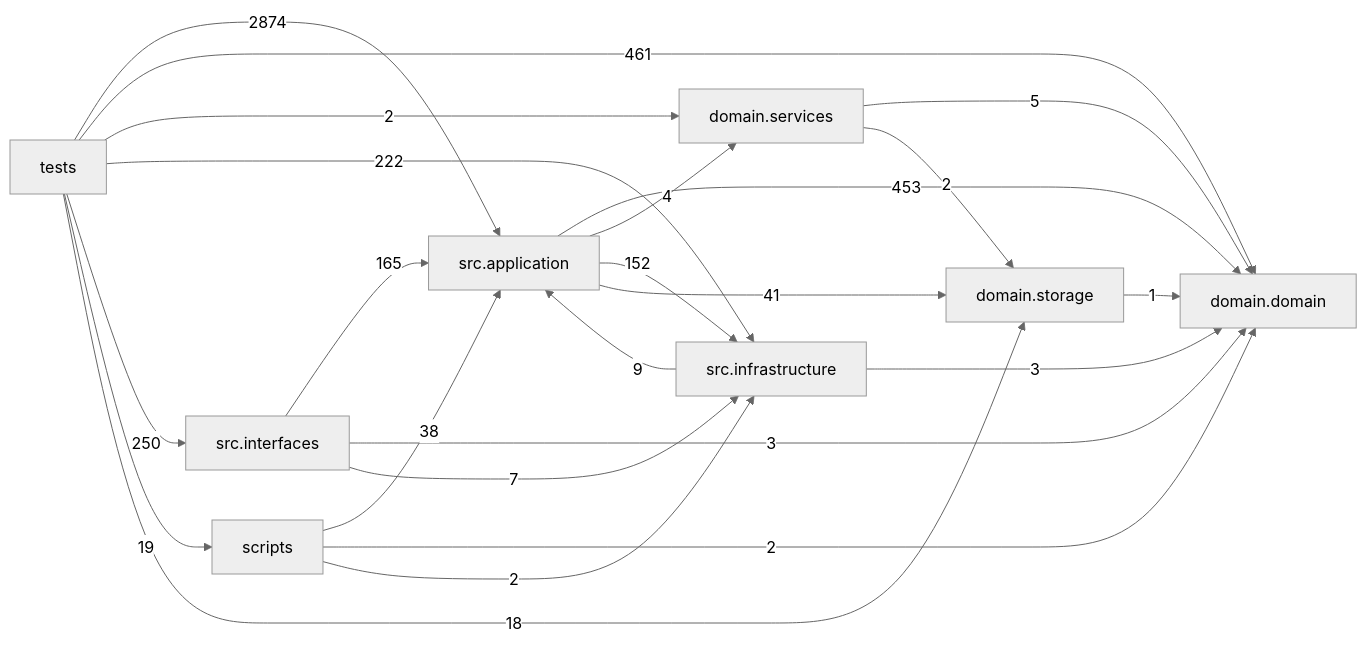
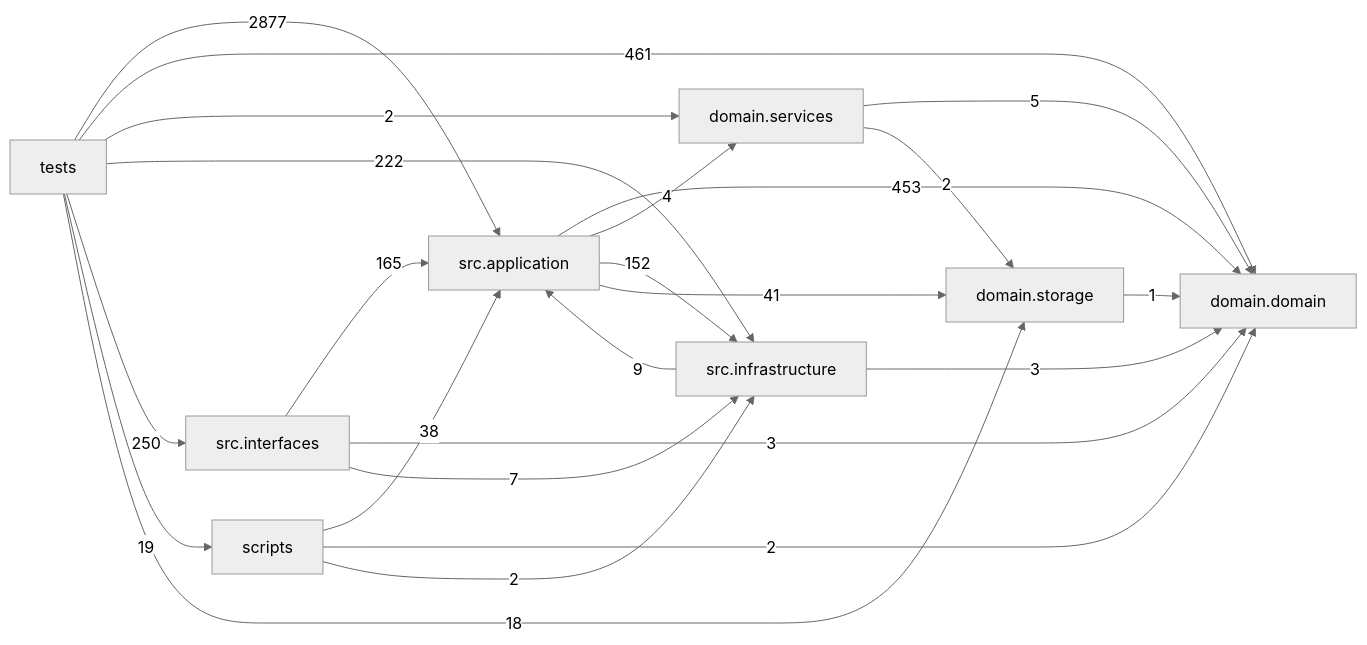
One commit to liuxie066/options-monitor changed the diagram in docs/DEPENDENCY_GRAPH.md. Above: the diagram before and after it, drawn with Mermaid (neutral theme). The commit also changed other lines of this file, not shown here.

Commit message:
docs(repo): refresh dependency graph

````diff
--- a/docs/DEPENDENCY_GRAPH.md
+++ b/docs/DEPENDENCY_GRAPH.md
@@ -24,33 +24,33 @@
 ```mermaid
 flowchart LR
   tests["tests"]
   scripts["scripts"]
   interfaces["src.interfaces"]
   application["src.application"]
   infrastructure["src.infrastructure"]
   domain_services["domain.services"]
   domain["domain.domain"]
   storage["domain.storage"]
   application -->|453| domain
   application -->|4| domain_services
   application -->|152| infrastructure
   application -->|41| storage
   domain_services -->|5| domain
   domain_services -->|2| storage
   infrastructure -->|9| application
   infrastructure -->|3| domain
   interfaces -->|165| application
   interfaces -->|3| domain
   interfaces -->|7| infrastructure
   scripts -->|38| application
   scripts -->|2| domain
   scripts -->|2| infrastructure
   storage -->|1| domain
-  tests -->|2874| application
+  tests -->|2877| application
   tests -->|461| domain
   tests -->|2| domain_services
   tests -->|222| infrastructure
   tests -->|250| interfaces
   tests -->|19| scripts
   tests -->|18| storage
 ```
````
